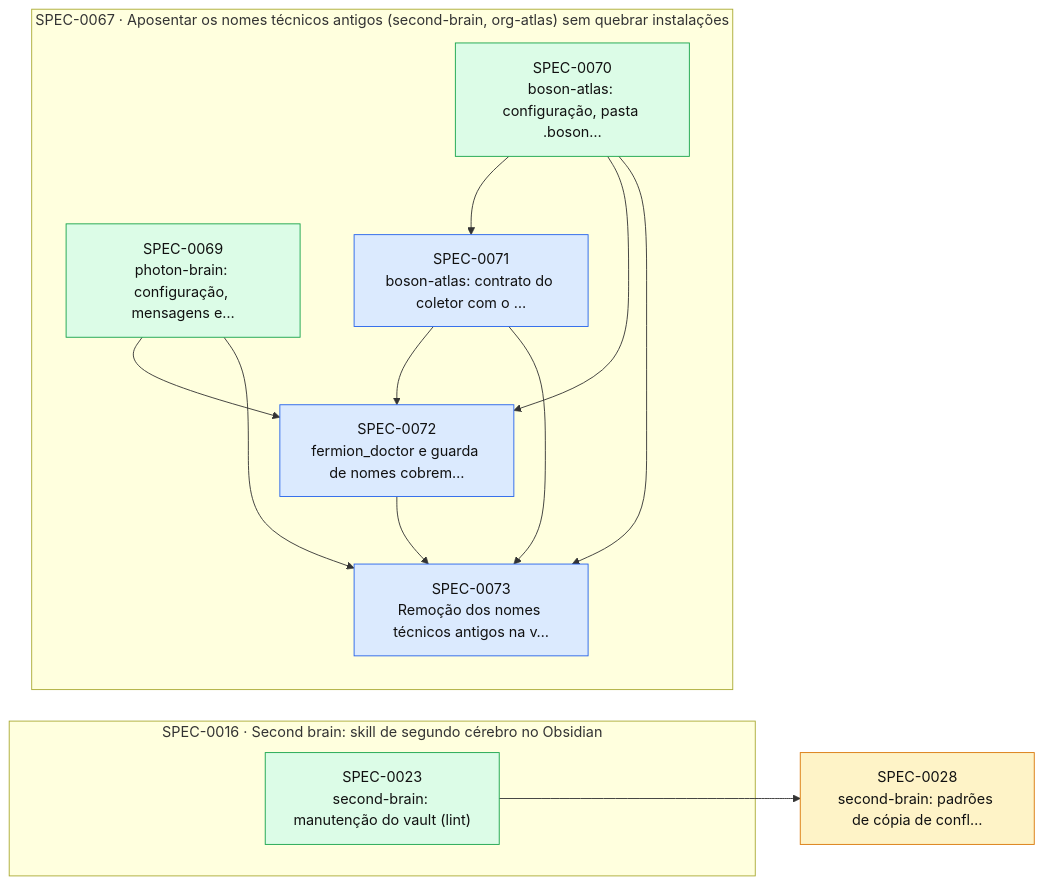
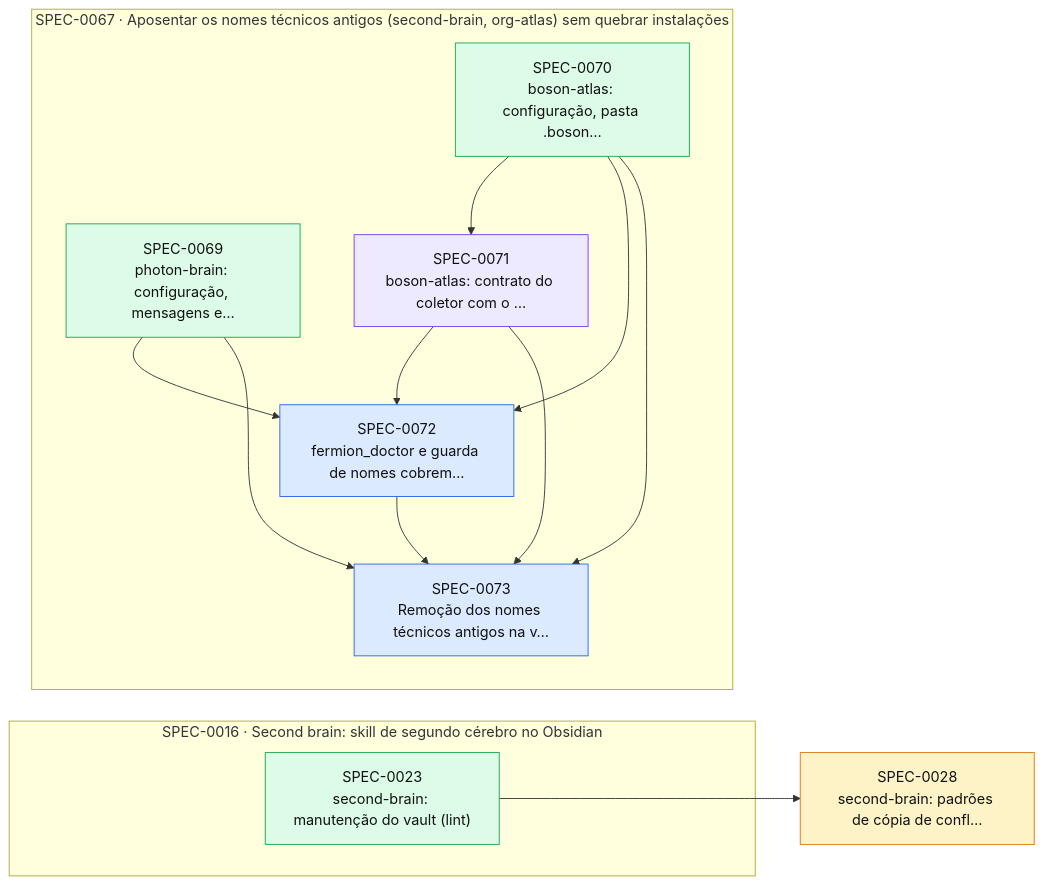
Before and after one commit to thomasravache/ai-dev-brain: the diagram in docs/specs/INDEX.md, drawn with Mermaid. The commit also changed other lines of this file and 1 other file, not shown here.

First line of the commit message:
docs(specs): plano e emenda v2 da SPEC-0071

````diff
--- a/docs/specs/INDEX.md
+++ b/docs/specs/INDEX.md
@@ -54,28 +54,28 @@
 ```mermaid
 flowchart LR
   S0028["SPEC-0028<br/>second-brain: padrões de cópia de confl…"]:::proposed
   subgraph E0016["SPEC-0016 · Second brain: skill de segundo cérebro no Obsidian"]
     S0023["SPEC-0023<br/>second-brain: manutenção do vault (lint)"]:::implemented
   end
   subgraph E0067["SPEC-0067 · Aposentar os nomes técnicos antigos (second-brain, org-atlas) sem quebrar instalações"]
     S0069["SPEC-0069<br/>photon-brain: configuração, mensagens e…"]:::implemented
     S0070["SPEC-0070<br/>boson-atlas: configuração, pasta .boson…"]:::implemented
-    S0071["SPEC-0071<br/>boson-atlas: contrato do coletor com o …"]:::approved
+    S0071["SPEC-0071<br/>boson-atlas: contrato do coletor com o …"]:::inprogress
     S0072["SPEC-0072<br/>fermion_doctor e guarda de nomes cobrem…"]:::approved
     S0073["SPEC-0073<br/>Remoção dos nomes técnicos antigos na v…"]:::approved
   end
   S0023 --> S0028
   S0070 --> S0071
   S0069 --> S0072
   S0070 --> S0072
   S0071 --> S0072
   S0069 --> S0073
   S0070 --> S0073
   S0071 --> S0073
   S0072 --> S0073
   classDef proposed fill:#fef3c7,stroke:#d97706,color:#111
   classDef approved fill:#dbeafe,stroke:#2563eb,color:#111
   classDef inprogress fill:#ede9fe,stroke:#7c3aed,color:#111
   classDef implemented fill:#dcfce7,stroke:#16a34a,color:#111
   classDef deprecated fill:#f3f4f6,stroke:#9ca3af,color:#6b7280
 ```
````
